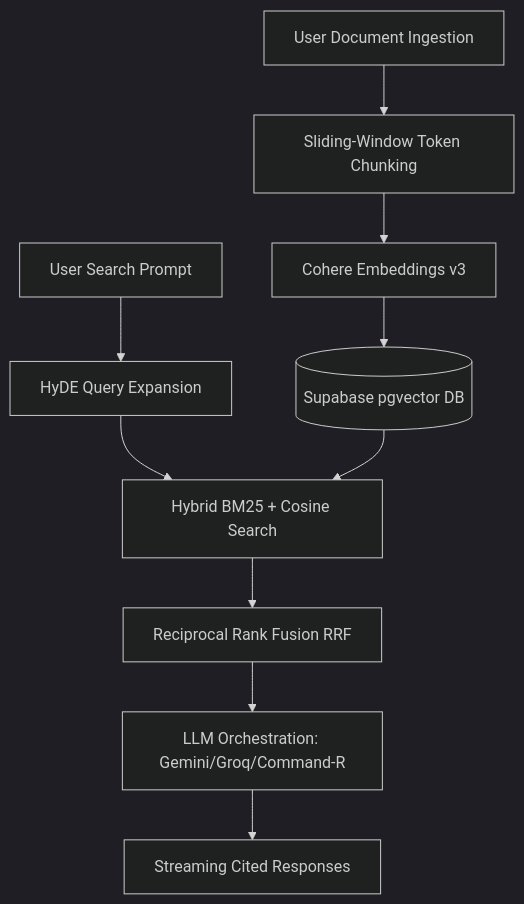
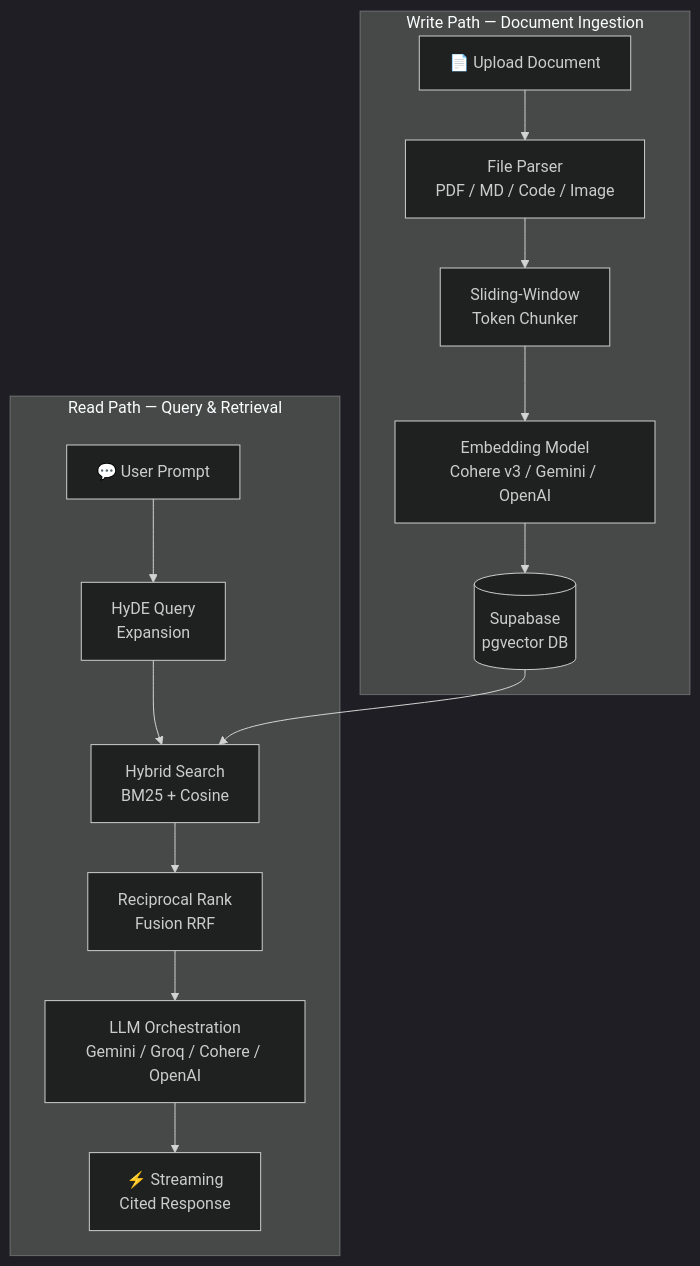
One commit to krishsoni15/VectorMind changed the first of 2 diagrams in README.md. Above: the diagram before and after it, drawn with Mermaid (dark theme). The commit also changed other lines of this file and 63 other files, not shown here.

````diff
--- a/README.md
+++ b/README.md
@@ -29,12 +47,18 @@
 ```mermaid
 graph TD
-    A[User Document Ingestion] --> B[Sliding-Window Token Chunking]
-    B --> C[Cohere Embeddings v3]
-    C --> D[(Supabase pgvector DB)]
-    E[User Search Prompt] --> F[HyDE Query Expansion]
-    F --> G[Hybrid BM25 + Cosine Search]
-    G --> H[Reciprocal Rank Fusion RRF]
-    D --> G
-    H --> I[LLM Orchestration: Gemini/Groq/Command-R]
-    I --> J[Streaming Cited Responses]
+    subgraph "Write Path — Document Ingestion"
+        A[📄 Upload Document] --> B[File Parser<br/>PDF / MD / Code / Image]
+        B --> C[Sliding-Window<br/>Token Chunker]
+        C --> D[Embedding Model<br/>Cohere v3 / Gemini / OpenAI]
+        D --> E[(Supabase<br/>pgvector DB)]
+    end
+
+    subgraph "Read Path — Query & Retrieval"
+        F[💬 User Prompt] --> G[HyDE Query<br/>Expansion]
+        G --> H[Hybrid Search<br/>BM25 + Cosine]
+        E --> H
+        H --> I[Reciprocal Rank<br/>Fusion RRF]
+        I --> J[LLM Orchestration<br/>Gemini / Groq / Cohere / OpenAI]
+        J --> K[⚡ Streaming<br/>Cited Response]
+    end
 ```
````
